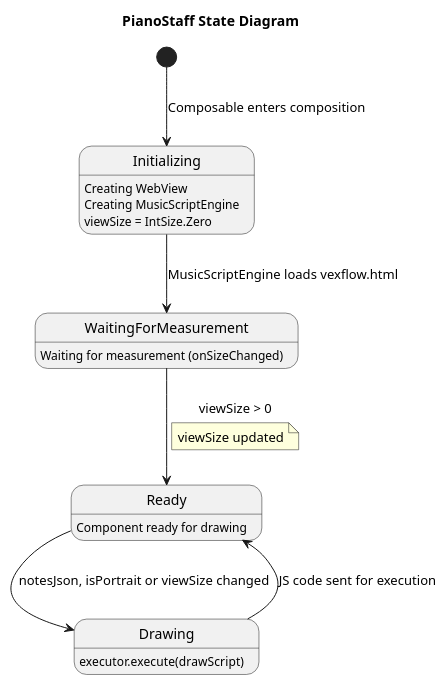
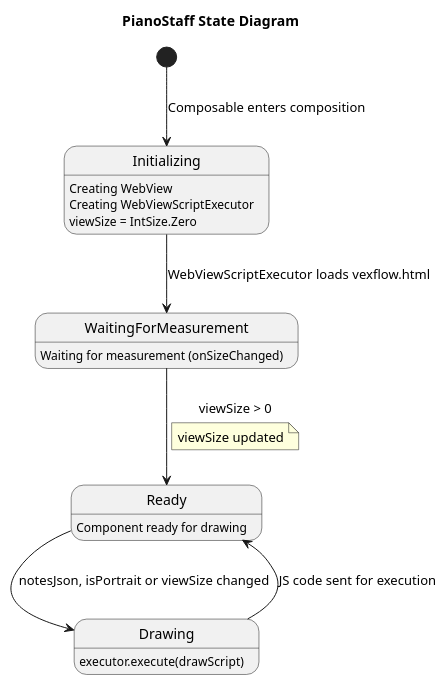
One commit to astrizhachuk/PianoFlow changed the ninth of 10 diagrams in docs/en/specs/MIDI_MESSAGE_PROCESSING.md. Above: the diagram before and after it, drawn with PlantUML. The commit also changed other lines of this file and 4 other files, not shown here.

Commit message:
refactor: заменить MusicScriptEngine на WebViewScriptExecutor для выполнения JavaScript в WebView

````diff
--- a/docs/en/specs/MIDI_MESSAGE_PROCESSING.md
+++ b/docs/en/specs/MIDI_MESSAGE_PROCESSING.md
@@ -515,31 +515,31 @@
 ```plantuml
 @startuml
 title PianoStaff State Diagram
 
 [*] --> Initializing : Composable enters composition
 
 state Initializing
 Initializing : Creating WebView
-Initializing : Creating MusicScriptEngine
+Initializing : Creating WebViewScriptExecutor
 Initializing : viewSize = IntSize.Zero
 
-Initializing --> WaitingForMeasurement : MusicScriptEngine loads vexflow.html
+Initializing --> WaitingForMeasurement : WebViewScriptExecutor loads vexflow.html
 
 state WaitingForMeasurement
 WaitingForMeasurement : Waiting for measurement (onSizeChanged)
 
 WaitingForMeasurement --> Ready : viewSize > 0
 note on link
   viewSize updated
 end note
 
 state Ready
 Ready : Component ready for drawing
 
 state Drawing
 Drawing : executor.execute(drawScript)
 
 Ready --> Drawing : notesJson, isPortrait or viewSize changed
 Drawing --> Ready : JS code sent for execution
 @enduml
 ```
````
